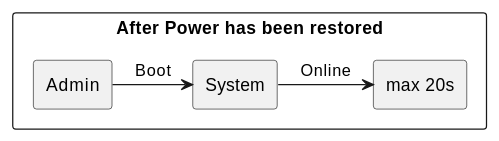
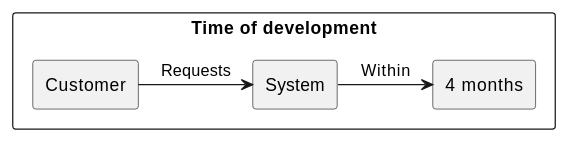
The seventh of 11 diagrams in src/sa/model/index.md (USI-MSDE-SA-2022/software-architecture-model-Travad), drawn with PlantUML before and after one commit. The commit also changed other lines of this file and 12 other files, not shown here.

````diff
--- a/src/sa/model/index.md
+++ b/src/sa/model/index.md
@@ -278,20 +395,20 @@
 ```puml
 @startuml
 
 skinparam componentStyle rectangle
 skinparam monochrome true
 skinparam shadowing false
 
-rectangle "After Power has been restored" {
+rectangle "Time of development" {
 
-rectangle "Admin" as Source
-rectangle "max 20s" as Measure
+rectangle "Customer" as Source
+rectangle "4 months" as Measure
 
-Source -> [System] : "Boot"
+Source -> [System] : "Requests"
 
-[System] -> [Measure] : "Online"
+[System] -> [Measure] : "Within"
 
 }
 
 @enduml
 ```
````
